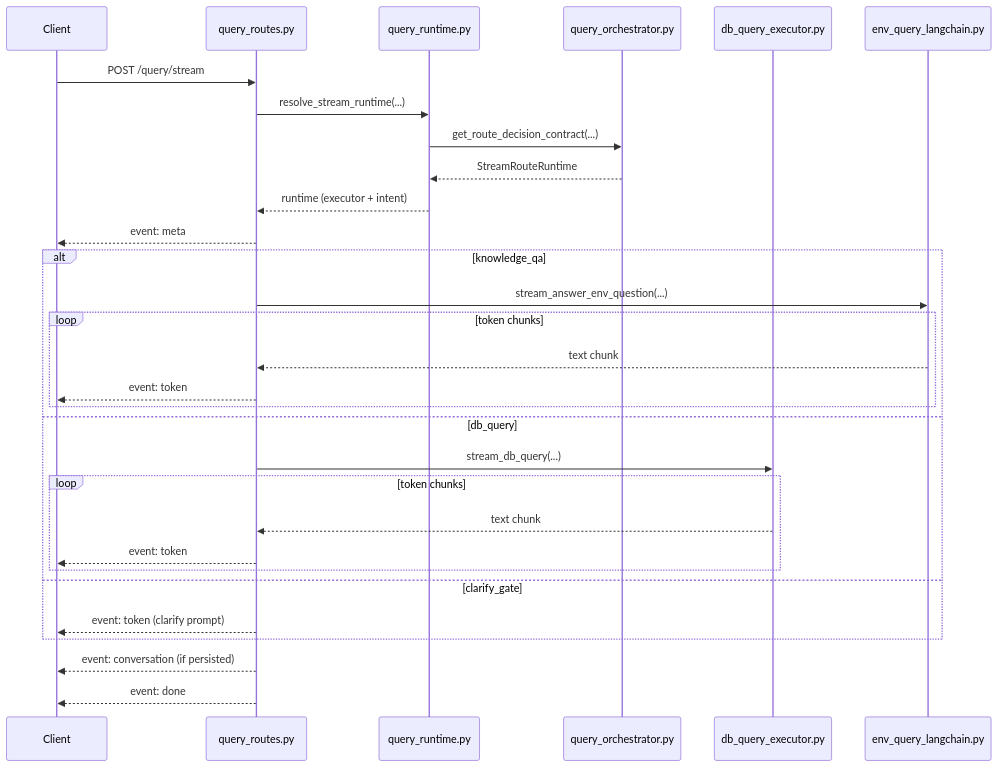
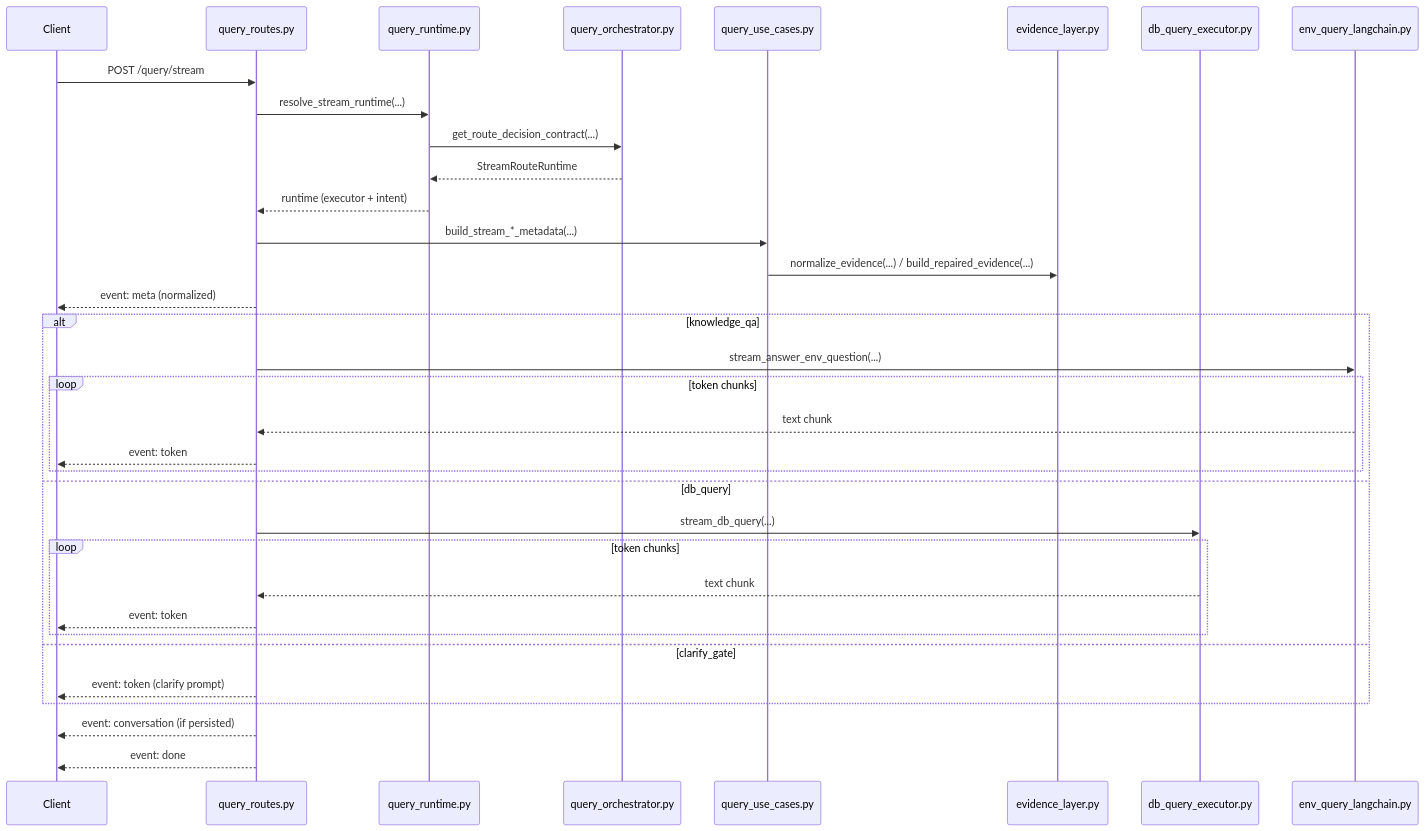
The third of 4 diagrams in docs/architecture_deep_dive.md (SMART-NYUAD/ieq-copilot-api), drawn with Mermaid before and after one commit. The commit also changed other lines of this file and 22 other files, not shown here.

````diff
--- a/docs/architecture_deep_dive.md
+++ b/docs/architecture_deep_dive.md
@@ -178,34 +186,38 @@
 ```mermaid
 sequenceDiagram
     participant C as Client
     participant Q as query_routes.py
     participant R as query_runtime.py
     participant O as query_orchestrator.py
+    participant U as query_use_cases.py
+    participant V as evidence_layer.py
     participant D as db_query_executor.py
     participant K as env_query_langchain.py
 
     C->>Q: POST /query/stream
     Q->>R: resolve_stream_runtime(...)
     R->>O: get_route_decision_contract(...)
     O-->>R: StreamRouteRuntime
     R-->>Q: runtime (executor + intent)
 
-    Q-->>C: event: meta
+    Q->>U: build_stream_*_metadata(...)
+    U->>V: normalize_evidence(...) / build_repaired_evidence(...)
+    Q-->>C: event: meta (normalized)
     alt knowledge_qa
       Q->>K: stream_answer_env_question(...)
       loop token chunks
         K-->>Q: text chunk
         Q-->>C: event: token
       end
     else db_query
       Q->>D: stream_db_query(...)
       loop token chunks
         D-->>Q: text chunk
         Q-->>C: event: token
       end
     else clarify_gate
       Q-->>C: event: token (clarify prompt)
     end
     Q-->>C: event: conversation (if persisted)
     Q-->>C: event: done
 ```
````
